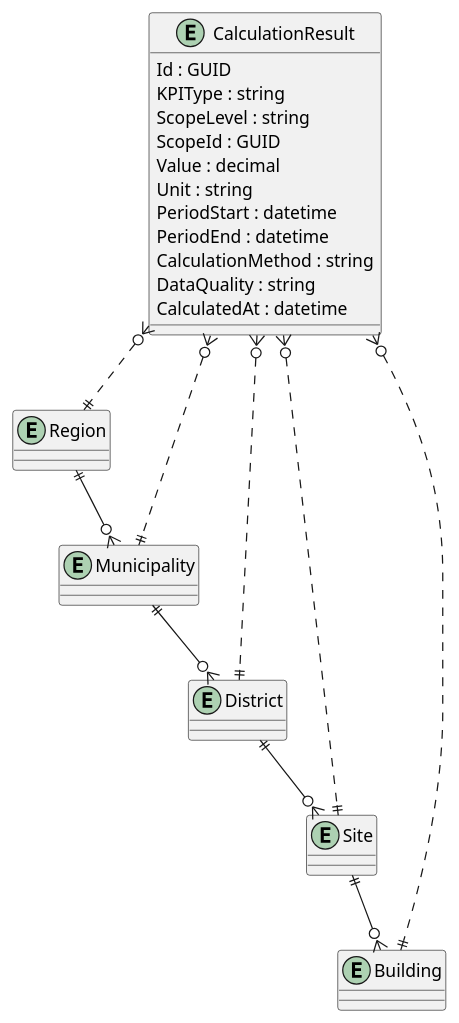
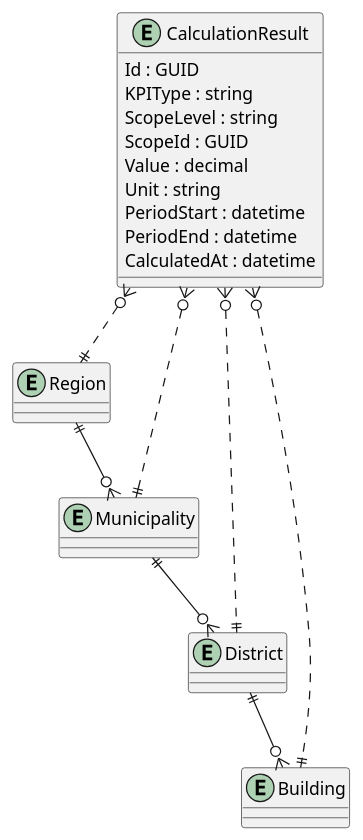
One commit to SimonSteinschaden/Data-Lake-House changed the diagram in docs/09_KPIs.md. Above: the diagram before and after it, drawn with PlantUML. The commit also changed other lines of this file and 11 other files, not shown here.

````diff
--- a/docs/09_KPIs.md
+++ b/docs/09_KPIs.md
@@ -127,36 +108,31 @@
 ```plantuml
 @startuml
 
 entity CalculationResult {
   Id : GUID
   KPIType : string
   ScopeLevel : string
   ScopeId : GUID
   Value : decimal
   Unit : string
   PeriodStart : datetime
   PeriodEnd : datetime
-  CalculationMethod : string
-  DataQuality : string
   CalculatedAt : datetime
 }
 
 entity Region
 entity Municipality
 entity District
-entity Site
 entity Building
 
 Region ||--o{ Municipality
 Municipality ||--o{ District
-District ||--o{ Site
-Site ||--o{ Building
+District ||--o{ Building
 
 CalculationResult }o..|| Region
 CalculationResult }o..|| Municipality
 CalculationResult }o..|| District
-CalculationResult }o..|| Site
 CalculationResult }o..|| Building
 
 @enduml
 ```
````
